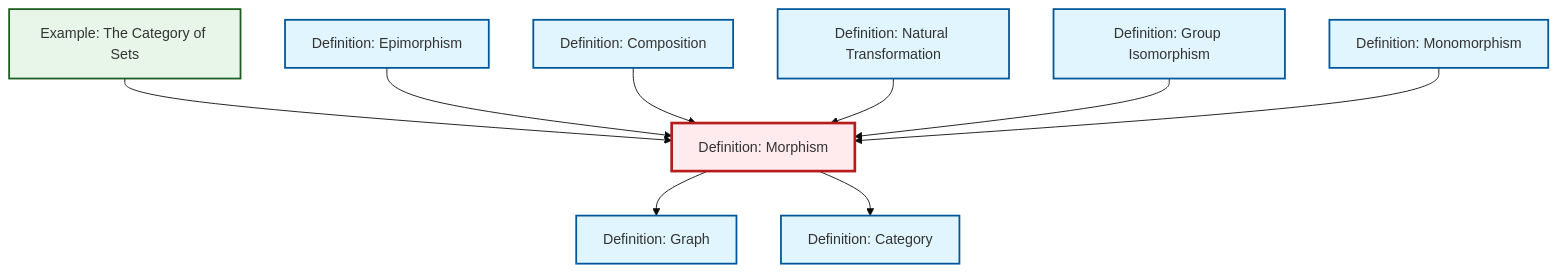
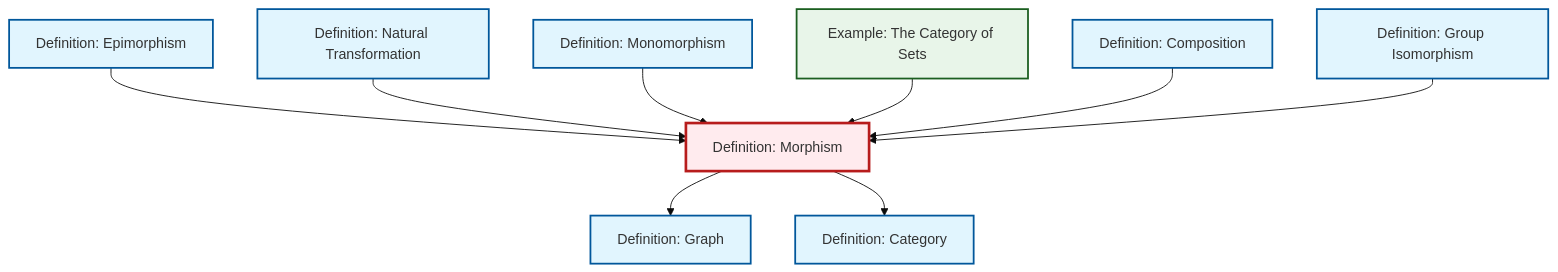
The diagram in content/en/category-theory/def-morphism.qmd (RK0429/ModernMath), drawn with Mermaid (base theme) before and after one commit. The commit also changed other lines of this file and 654 other files, not shown here.

````diff
--- a/content/en/category-theory/def-morphism.qmd
+++ b/content/en/category-theory/def-morphism.qmd
@@ -56,35 +56,35 @@
 ```{mermaid}
 %%| fig-cap: "Local dependency graph"
 graph TD
     classDef definition fill:#e1f5fe,stroke:#01579b,stroke-width:2px
     classDef theorem fill:#f3e5f5,stroke:#4a148c,stroke-width:2px
     classDef axiom fill:#fff3e0,stroke:#e65100,stroke-width:2px
     classDef example fill:#e8f5e9,stroke:#1b5e20,stroke-width:2px
     classDef current fill:#ffebee,stroke:#b71c1c,stroke-width:3px
+    def-graph["Definition: Graph"]:::definition
+    def-isomorphism["Definition: Group Isomorphism"]:::definition
+    def-natural-transformation["Definition: Natural Transformation"]:::definition
+    def-epimorphism["Definition: Epimorphism"]:::definition
     def-category["Definition: Category"]:::definition
-    def-natural-transformation["Definition: Natural Transformation"]:::definition
+    def-morphism["Definition: Morphism"]:::definition
     def-composition["Definition: Composition"]:::definition
-    def-epimorphism["Definition: Epimorphism"]:::definition
+    ex-set-category["Example: The Category of Sets"]:::example
     def-monomorphism["Definition: Monomorphism"]:::definition
-    def-isomorphism["Definition: Group Isomorphism"]:::definition
-    ex-set-category["Example: The Category of Sets"]:::example
-    def-morphism["Definition: Morphism"]:::definition
-    def-graph["Definition: Graph"]:::definition
+    def-epimorphism --> def-morphism
+    def-natural-transformation --> def-morphism
+    def-morphism --> def-graph
+    def-monomorphism --> def-morphism
+    def-morphism --> def-category
     ex-set-category --> def-morphism
-    def-epimorphism --> def-morphism
-    def-morphism --> def-graph
-    def-morphism --> def-category
     def-composition --> def-morphism
-    def-natural-transformation --> def-morphism
     def-isomorphism --> def-morphism
-    def-monomorphism --> def-morphism
     class def-morphism current
+    click def-graph "def-graph.html" "Go to Graph definition"
+    click def-isomorphism "def-isomorphism.html" "Go to Group Isomorphism definition"
+    click def-natural-transformation "def-natural-transformation.html" "Go to Natural Transformation definition"
+    click def-epimorphism "def-epimorphism.html" "Go to Epimorphism definition"
     click def-category "def-category.html" "Go to Category definition"
-    click def-natural-transformation "def-natural-transformation.html" "Go to Natural Transformation definition"
     click def-composition "def-composition.html" "Go to Composition definition"
-    click def-epimorphism "def-epimorphism.html" "Go to Epimorphism definition"
+    click ex-set-category "ex-set-category.html" "Go to The Category of Sets example"
     click def-monomorphism "def-monomorphism.html" "Go to Monomorphism definition"
-    click def-isomorphism "def-isomorphism.html" "Go to Group Isomorphism definition"
-    click ex-set-category "ex-set-category.html" "Go to The Category of Sets example"
-    click def-graph "def-graph.html" "Go to Graph definition"
 ```
````
